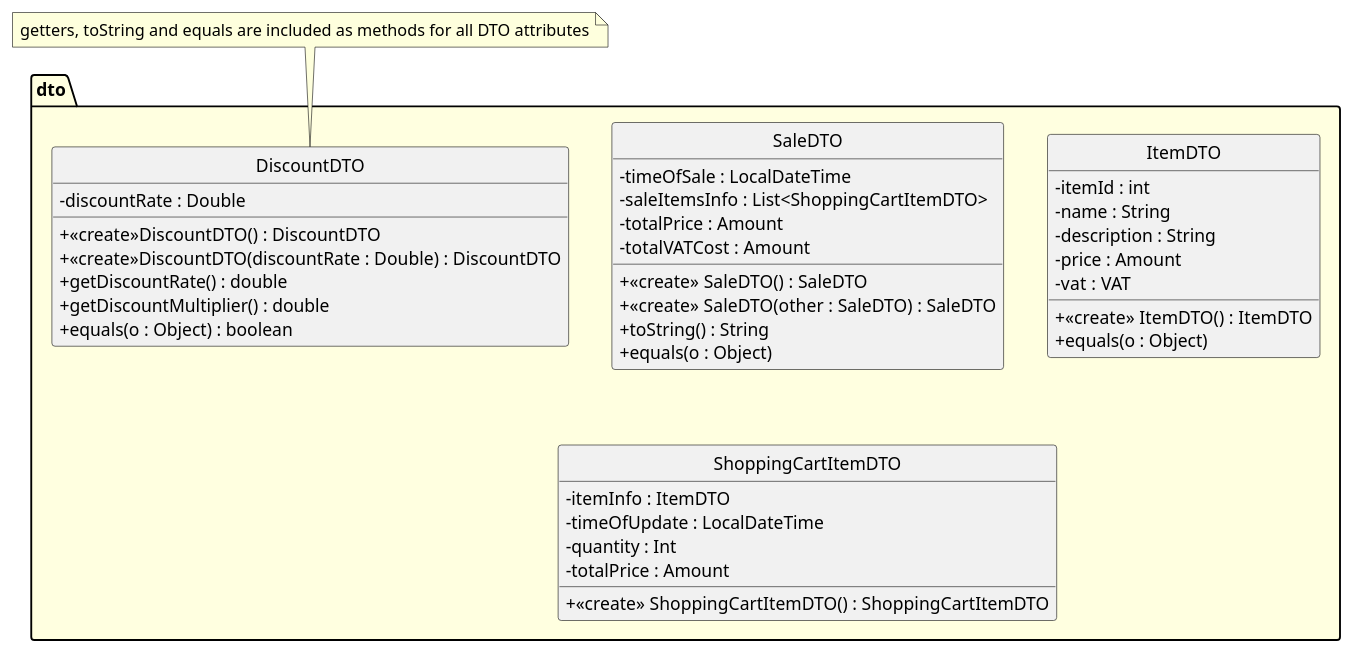
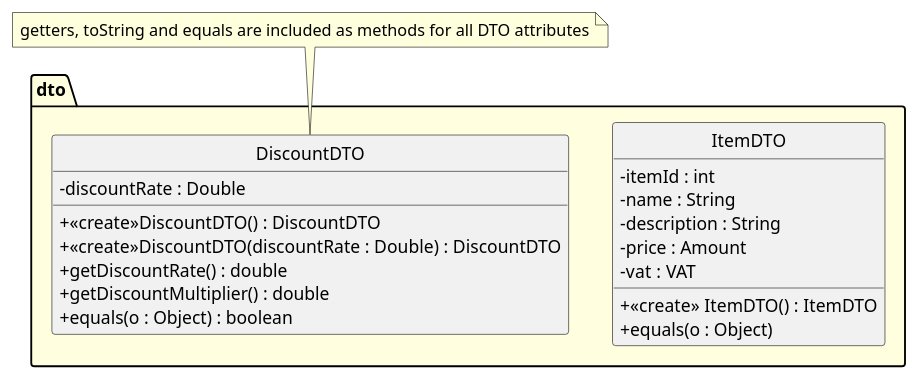
One commit to VincentFerrigan/kth-iv1350-object-oriented-design changed the second of 8 diagrams in uml/uml_v3.puml. Above: the diagram before and after it, drawn with PlantUML. The commit also changed other lines of this file and 17 other files, not shown here.

```diff
--- a/uml/uml_v3.puml
+++ b/uml/uml_v3.puml
@@ -217,52 +214,36 @@
 @startuml
 'title DTO
 ' //TODO Ska vi ha en customerDTO och customerDb?
+' //TODO Ska DTO:erna flyttas till CD?
 hide circle
 skinparam ClassAttributeIconSize 0
 skinparam linetype ortho
 skinparam package {
     BackgroundColor LightYellow
 }
     package dto {
-        class SaleDTO{
-            - timeOfSale : LocalDateTime
-            - saleItemsInfo : List<ShoppingCartItemDTO>
-            - totalPrice : Amount
-            - totalVATCost : Amount
-            + <<create>> SaleDTO() : SaleDTO
-            + <<create>> SaleDTO(other : SaleDTO) : SaleDTO
-            + toString() : String
-            + equals(o : Object)
-        }
         class ItemDTO{
             - itemId : int
             - name : String
             - description : String
             - price : Amount
             - vat : VAT
             +<<create>> ItemDTO() : ItemDTO
             + equals(o : Object)
-        }
-        class ShoppingCartItemDTO{
-            - itemInfo : ItemDTO
-            - timeOfUpdate : LocalDateTime
-            - quantity : Int
-            - totalPrice : Amount
-            + <<create>> ShoppingCartItemDTO() : ShoppingCartItemDTO
         }
 
         class DiscountDTO{
 '            // TODO ska discount finnas med i SaleDTO?
 '            -customerID : int
 '            -discountRules
             - discountRate : Double
             +<<create>>DiscountDTO() : DiscountDTO
             +<<create>>DiscountDTO(discountRate : Double) : DiscountDTO
             + getDiscountRate() : double
             + getDiscountMultiplier() : double
             + equals(o : Object) : boolean
 '        note bottom : Attributes TBD based on Discount Rules.
         }
     }
 note top: getters, toString and equals are included as methods for all DTO attributes
 @enduml
```
